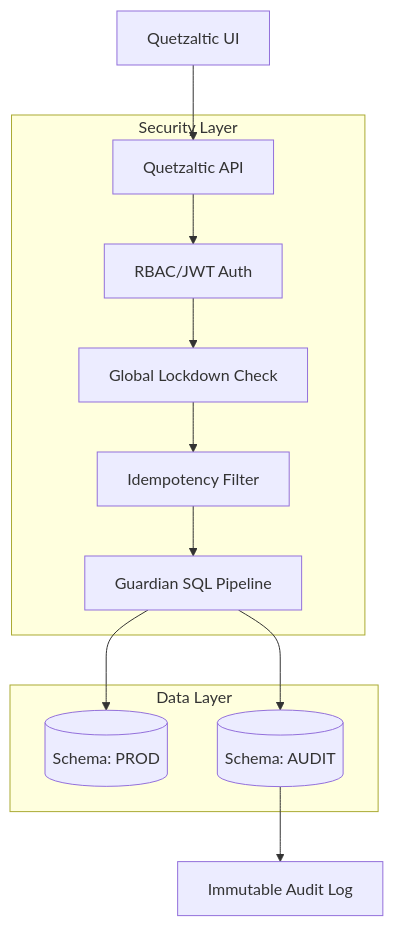
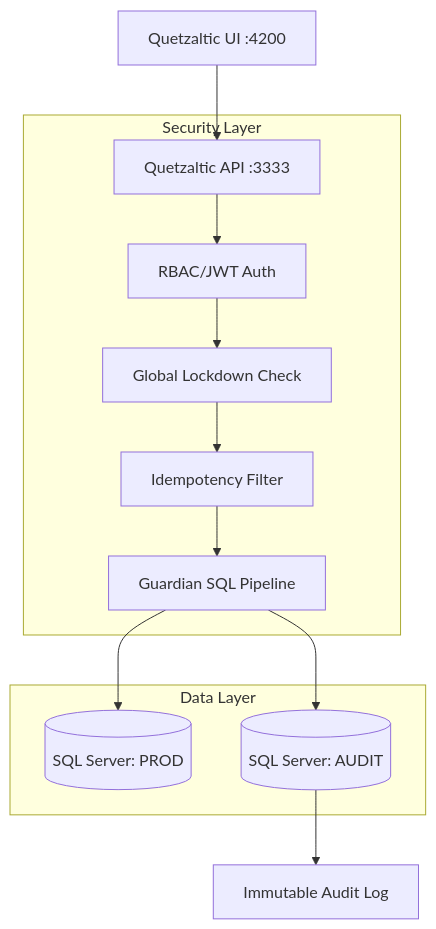
Before and after one commit to OscarV-prog/soporte2: the diagram in README.md, drawn with Mermaid. The commit also changed other lines of this file and 52 other files, not shown here.

Commit message:
feat: enhance audit log and sql playground, add deployment configuration

````diff
--- a/README.md
+++ b/README.md
@@ -9,15 +9,15 @@
 ```mermaid
 graph TD
-    UI[Quetzaltic UI] --> API[Quetzaltic API]
+    UI[Quetzaltic UI :4200] --> API[Quetzaltic API :3333]
     subgraph Security Layer
         API --> JWT[RBAC/JWT Auth]
         JWT --> LOCK[Global Lockdown Check]
         LOCK --> IDEMP[Idempotency Filter]
         IDEMP --> GUARD[Guardian SQL Pipeline]
     end
     subgraph Data Layer
-        GUARD --> DB_PROD[(Schema: PROD)]
-        GUARD --> DB_AUDIT[(Schema: AUDIT)]
+        GUARD --> DB_PROD[(SQL Server: PROD)]
+        GUARD --> DB_AUDIT[(SQL Server: AUDIT)]
     end
     DB_AUDIT --> ALOG[Immutable Audit Log]
 ```
````
